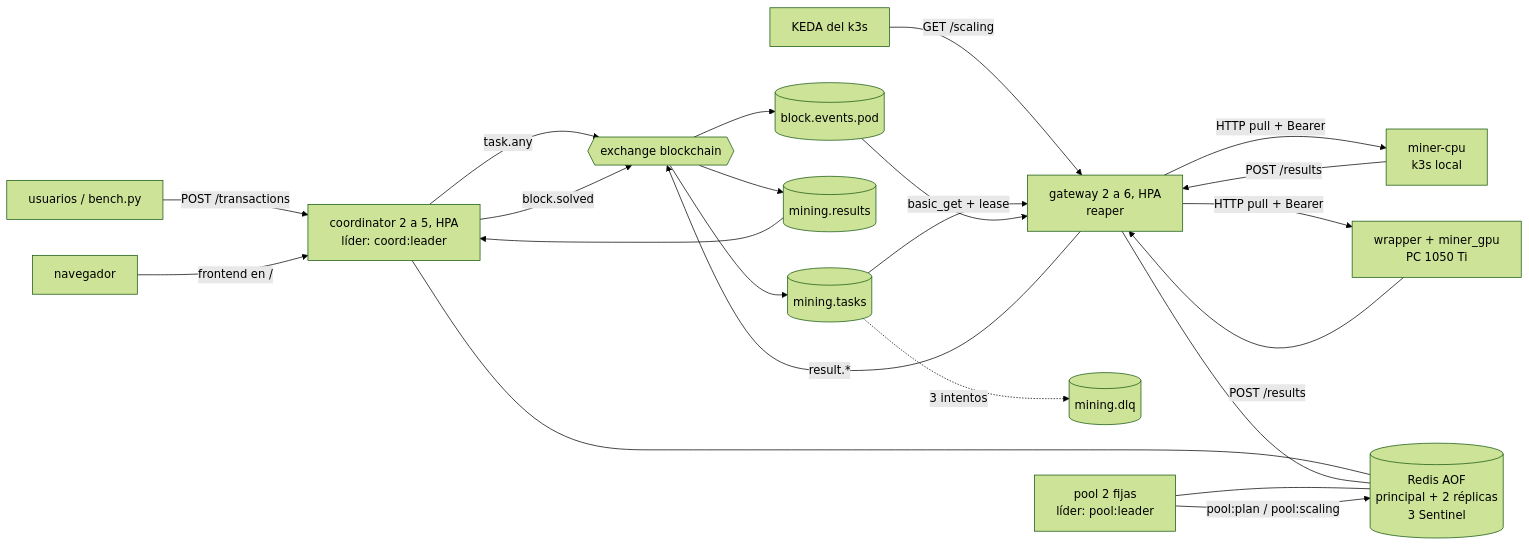
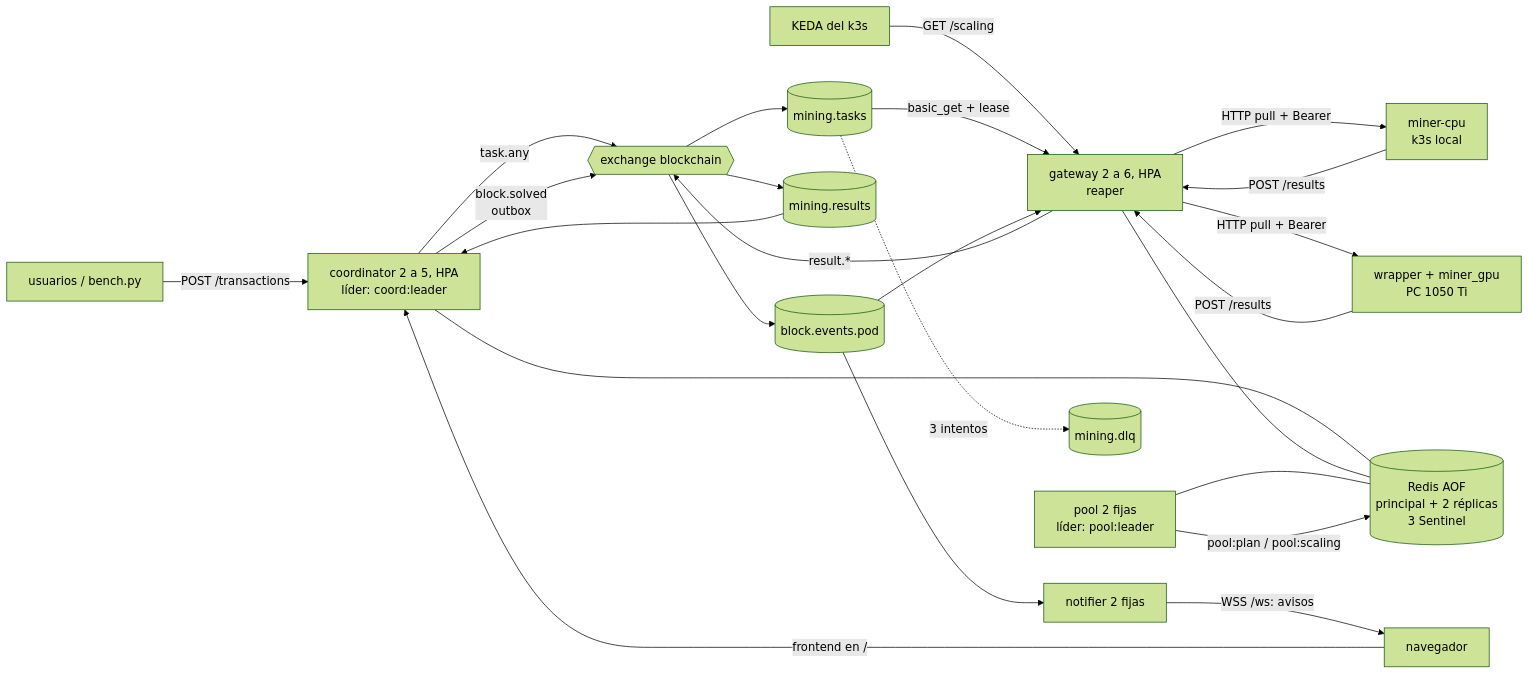
Before and after one commit to MateoPonti/TpIntegradorSDYPP: the diagram in pilar2/README.md, drawn with Mermaid (forest theme). The commit also changed other lines of this file and 28 other files, not shown here.

````diff
--- a/pilar2/README.md
+++ b/pilar2/README.md
@@ -44,17 +45,19 @@
 ```mermaid
 flowchart LR
   U[usuarios / bench.py] -->|POST /transactions| C[coordinator 2 a 5, HPA<br/>líder: coord:leader]
   N[navegador] -->|frontend en /| C
   K[KEDA del k3s] -->|GET /scaling| G
   C -->|task.any| X{{exchange blockchain}}
   X --> T[(mining.tasks)]
   T -->|basic_get + lease| G[gateway 2 a 6, HPA<br/>reaper]
   G -->|HTTP pull + Bearer| M1[miner-cpu<br/>k3s local]
   G -->|HTTP pull + Bearer| M2[wrapper + miner_gpu<br/>PC 1050 Ti]
   M1 & M2 -->|POST /results| G
   G -->|result.*| X --> R[(mining.results)] --> C
-  C -->|block.solved| X --> E[(block.events.pod)] --> G
+  C -->|block.solved<br/>outbox| X --> E[(block.events.pod)] --> G
+  E --> NT[notifier 2 fijas]
+  NT -->|WSS /ws: avisos| N
   T -.3 intentos.-> D[(mining.dlq)]
   C & G & P[pool 2 fijas<br/>líder: pool:leader] --- RD[(Redis AOF<br/>principal + 2 réplicas<br/>3 Sentinel)]
   P -->|pool:plan / pool:scaling| RD
 ```
````
